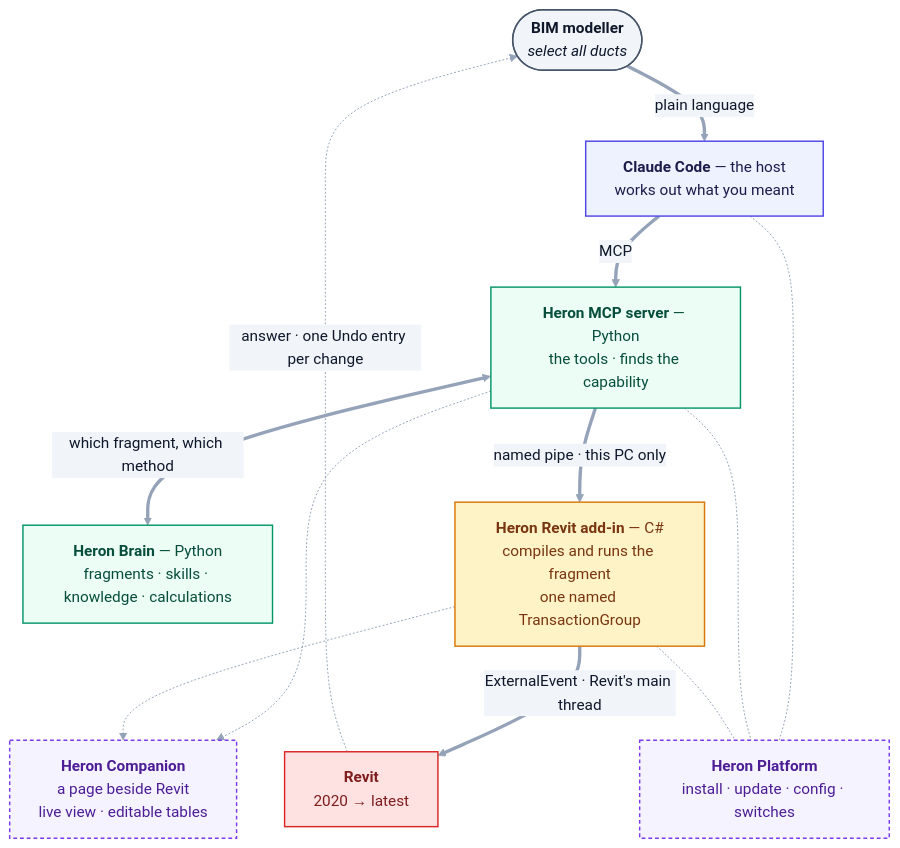
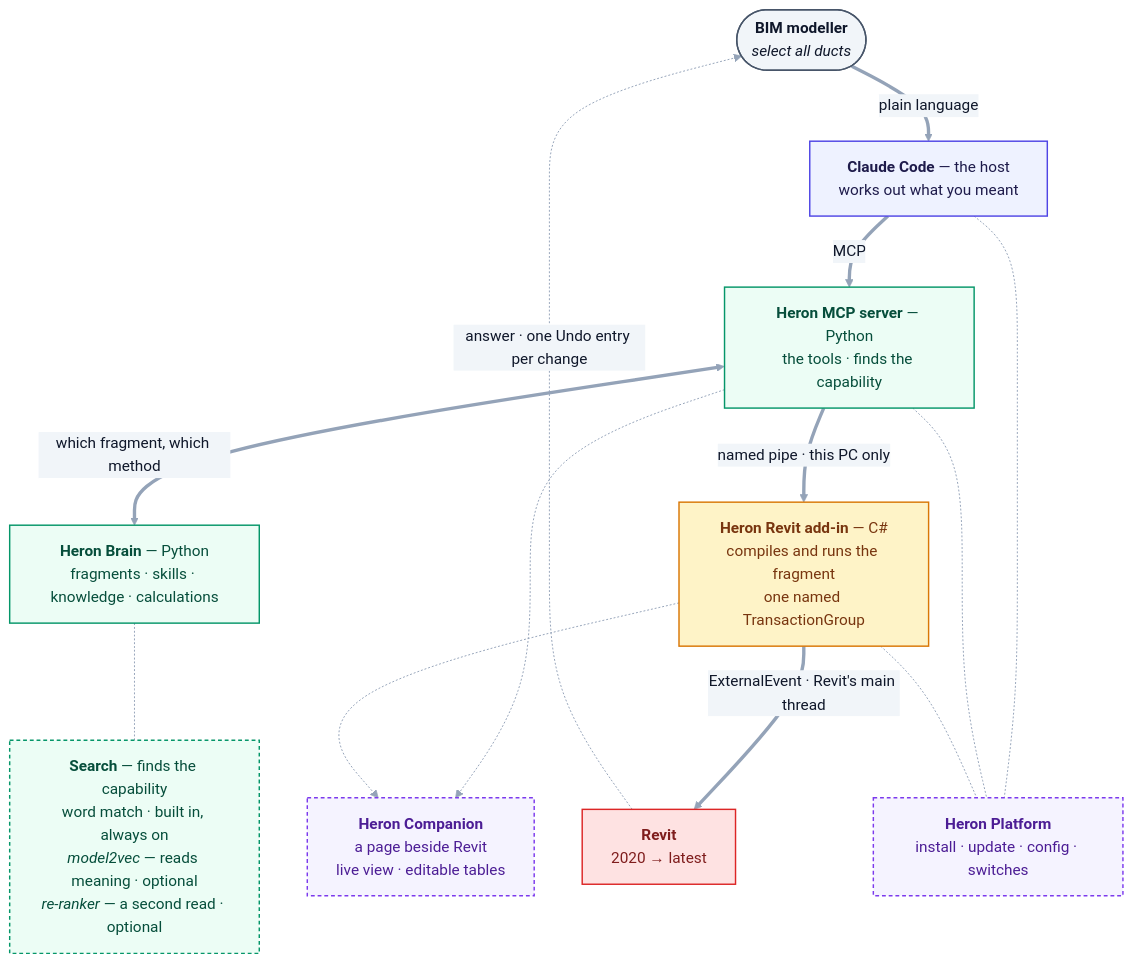
Before and after one commit to Ajmalpshaik/Heron-AI: the diagram in README.md, drawn with Mermaid. The commit also changed other lines of this file, not shown here.

First line of the commit message:
README diagram shows the brain's search: word match built in, model2vec and the re-ranker optional - docs only (#664)

````diff
--- a/README.md
+++ b/README.md
@@ -85,37 +85,41 @@
 ```mermaid
 %%{init: {"themeVariables": {"edgeLabelBackground":"#F1F5F9","lineColor":"#94A3B8","textColor":"#0F172A","tertiaryTextColor":"#0F172A"}}}%%
 flowchart TD
     U(["<b>BIM modeller</b><br/><i>select all ducts</i>"])
     CC["<b>Claude Code</b> — the host<br/>works out what you meant"]
     MS["<b>Heron MCP server</b> — Python<br/>the tools · finds the capability"]
     BR["<b>Heron Brain</b> — Python<br/>fragments · skills · knowledge · calculations"]
+    SR["<b>Search</b> — finds the capability<br/>word match · built in, always on<br/><i>model2vec</i> — reads meaning · optional<br/><i>re-ranker</i> — a second read · optional"]
     AD["<b>Heron Revit add-in</b> — C#<br/>compiles and runs the fragment<br/>one named TransactionGroup"]
     RV["<b>Revit</b><br/>2020 → latest"]
     CP["<b>Heron Companion</b><br/>a page beside Revit<br/>live view · editable tables"]
     PL["<b>Heron Platform</b><br/>install · update · config · switches"]
 
     U ==>|plain language| CC
     CC ==>|MCP| MS
     MS <==>|which fragment, which method| BR
+    BR -.- SR
     MS ==>|named pipe · this PC only| AD
     AD ==>|ExternalEvent · Revit's main thread| RV
     RV -.->|answer · one Undo entry per change| U
     MS -.-> CP
     AD -.-> CP
     CC -.- PL
     MS -.- PL
     AD -.- PL
 
     classDef user fill:#F1F5F9,stroke:#475569,stroke-width:1.5px,color:#0F172A
     classDef host fill:#EEF2FF,stroke:#4F46E5,stroke-width:1.5px,color:#1E1B4B
     classDef brain fill:#ECFDF5,stroke:#059669,stroke-width:1.5px,color:#064E3B
     classDef addin fill:#FEF3C7,stroke:#D97706,stroke-width:1.5px,color:#78350F
     classDef revit fill:#FEE2E2,stroke:#DC2626,stroke-width:1.5px,color:#7F1D1D
     classDef plat fill:#F5F3FF,stroke:#7C3AED,stroke-width:1.5px,color:#4C1D95,stroke-dasharray:4 3
+    classDef search fill:#ECFDF5,stroke:#059669,stroke-width:1.5px,color:#064E3B,stroke-dasharray:4 3
     class U user
     class CC host
     class MS,BR brain
+    class SR search
     class AD addin
     class RV revit
     class CP,PL plat
 ```
````
